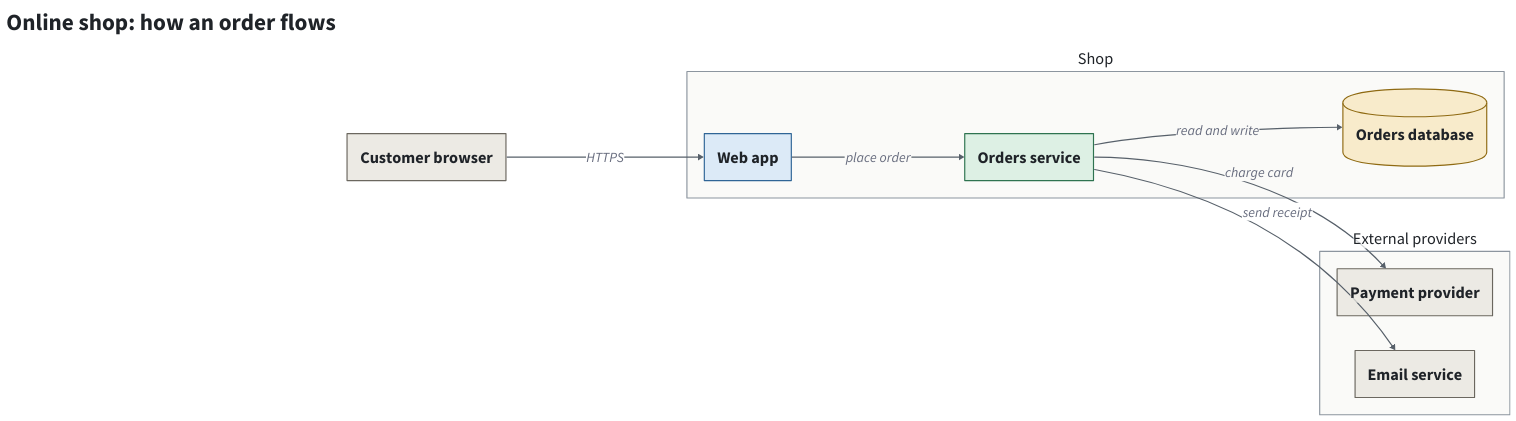
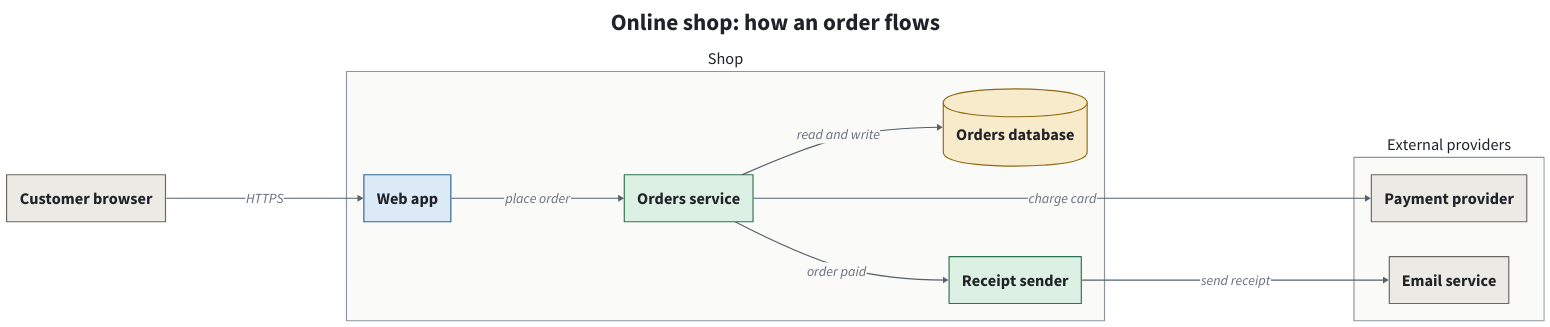
The diagram in checks/architecture.d2 (asabirov/diagrams-skill), drawn with D2 before and after one commit. The commit also changed 27 other files, not shown here.

First line of the commit message:
Show every diagram type and rewrite the README around pictures (#55)

```diff
--- a/checks/architecture.d2
+++ b/checks/architecture.d2
@@ -1,47 +1,49 @@
 # Online shop architecture: the full example of a box diagram.
 direction: right
 (** -> **)[*].style.stroke: "#57606A"
 (** <-> **)[*].style.stroke: "#57606A"
 (** -> **)[*].style.font-size: 24
 (** <-> **)[*].style.font-size: 24
 **.style.font-size: 28
 
 title: "Online shop: how an order flows" {
-  near: top-left
+  near: top-center
   shape: text
   style: {font-size: 40; bold: true; font-color: "#1F2328"}
 }
 
 classes: {
   # outside: people, browsers and other companies' systems
   outside: {style: {fill: "#ECEAE4"; stroke: "#6B675F"; font-color: "#1F2328"}}
   # way in: what first receives a request, such as a web app, API or queue
   way-in: {style: {fill: "#DCEAF7"; stroke: "#2F6596"; font-color: "#1F2328"}}
   # core: the services and jobs that do the work
   core: {style: {fill: "#DDF0E4"; stroke: "#2E7350"; font-color: "#1F2328"}}
   # records: databases, files and other stored data
   records: {style: {fill: "#F8EBCB"; stroke: "#8F6A12"; font-color: "#1F2328"}}
   # group: a boundary around boxes, such as a system or a team
   group: {style: {fill: "#FAFAF8"; stroke: "#8C959F"; font-color: "#1F2328"}}
 }
 
 browser: Customer browser {class: outside}
 
 shop: Shop {
   class: group
   web: Web app {class: way-in}
   orders: Orders service {class: core}
   db: Orders database {shape: cylinder; class: records}
+  mailer: Receipt sender {class: core}
   web -> orders: place order
   orders -> db: read and write
+  orders -> mailer: order paid
 }
 
 external: External providers {
   class: group
   pay: Payment provider {class: outside}
   mail: Email service {class: outside}
 }
 
 browser -> shop.web: HTTPS
 shop.orders -> external.pay: charge card
-shop.orders -> external.mail: send receipt
+shop.mailer -> external.mail: send receipt
```
